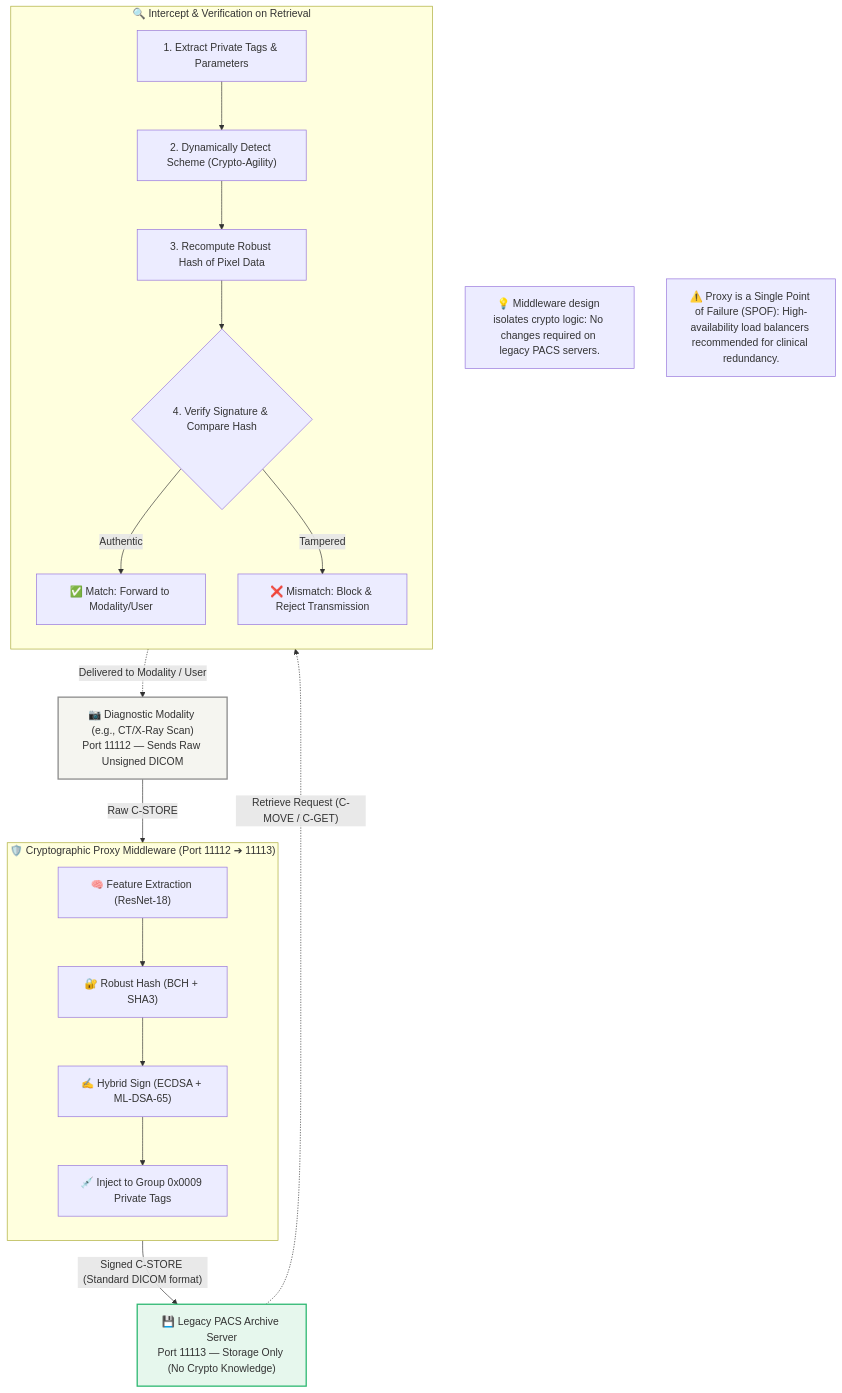
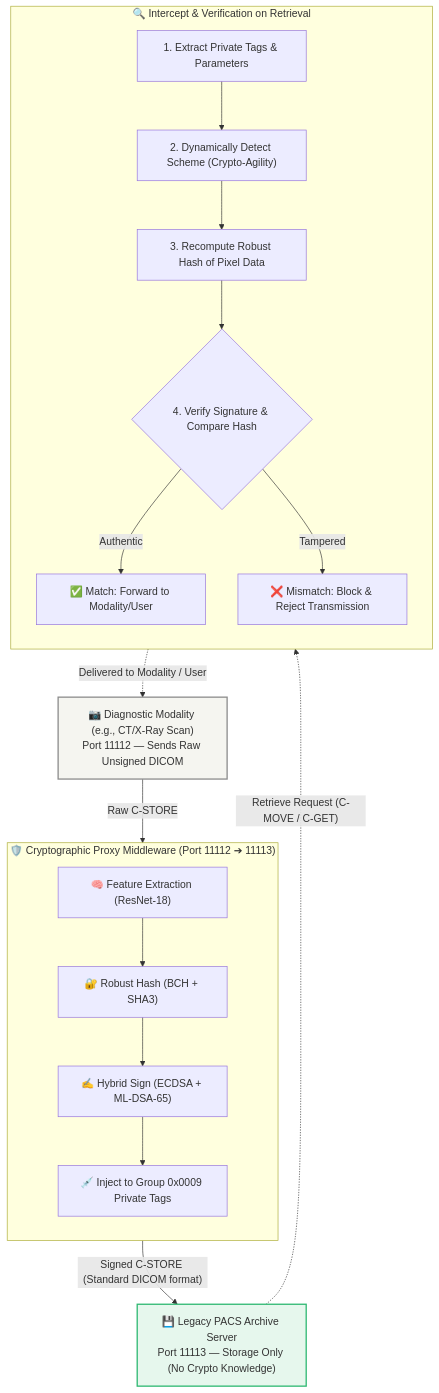
One commit to ahmed-el5hatib/MantiQ-Auth changed the second of 3 diagrams in README.md. Above: the diagram before and after it, drawn with Mermaid. The commit also changed other lines of this file and 4 other files, not shown here.

````diff
--- a/README.md
+++ b/README.md
@@ -107,44 +134,40 @@
 ```mermaid
 flowchart TD
     %% Define styles
     classDef modalityStyle fill:#f5f5f0,stroke:#8c8c8c,stroke-width:2px;
     classDef proxyStyle fill:#f0f0ff,stroke:#5c5cff,stroke-width:2px;
     classDef pacsStyle fill:#e6f7ed,stroke:#2eb872,stroke-width:2px;
     classDef verifyStyle fill:#fff6e6,stroke:#ff9900,stroke-width:2px;
 
     %% Modality Section
     Modality["📷 Diagnostic Modality (e.g., CT/X-Ray Scan)<br/>Port 11112 — Sends Raw Unsigned DICOM"]:::modalityStyle
     
     %% Proxy Section
     subgraph Proxy ["🛡️ Cryptographic Proxy Middleware (Port 11112 ➔ 11113)"]
         direction TB
         F_Ext["🧠 Feature Extraction (ResNet-18)"] --> R_Hash["🔐 Robust Hash (BCH + SHA3)"]
         R_Hash --> H_Sign["✍️ Hybrid Sign (ECDSA + ML-DSA-65)"]
         H_Sign --> Tag_Inj["💉 Inject to Group 0x0009 Private Tags"]
     end
     class Proxy proxyStyle;
 
     %% PACS Section
     PACS["💾 Legacy PACS Archive Server<br/>Port 11113 — Storage Only (No Crypto Knowledge)"]:::pacsStyle
 
     %% Verification Section
     subgraph Verification ["🔍 Intercept & Verification on Retrieval"]
         direction TB
         V_Read["1. Extract Private Tags & Parameters"] --> V_Agile["2. Dynamically Detect Scheme (Crypto-Agility)"]
         V_Agile --> V_Hash["3. Recompute Robust Hash of Pixel Data"]
         V_Hash --> V_Comp{"4. Verify Signature & Compare Hash"}
         V_Comp -->|Authentic| V_Pass["✅ Match: Forward to Modality/User"]
         V_Comp -->|Tampered| V_Block["❌ Mismatch: Block & Reject Transmission"]
     end
     class Verification verifyStyle;
 
     %% Connection Lines
     Modality -->|Raw C-STORE| Proxy
     Proxy -->|"Signed C-STORE (Standard DICOM format)"| PACS
     PACS -.->|"Retrieve Request (C-MOVE / C-GET)"| Verification
     Verification -.->|"Delivered to Modality / User"| Modality
-
-    %% Footnote Notes
-    note1["💡 Middleware design isolates crypto logic: No changes required on legacy PACS servers."]
-    note2["⚠️ Proxy is a Single Point of Failure (SPOF): High-availability load balancers recommended for clinical redundancy."]
 ```
````
